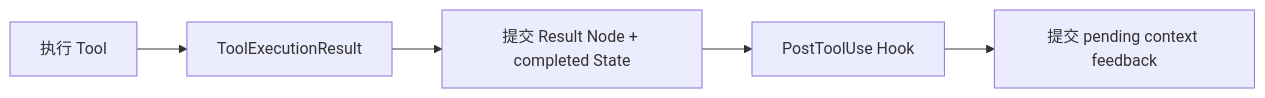
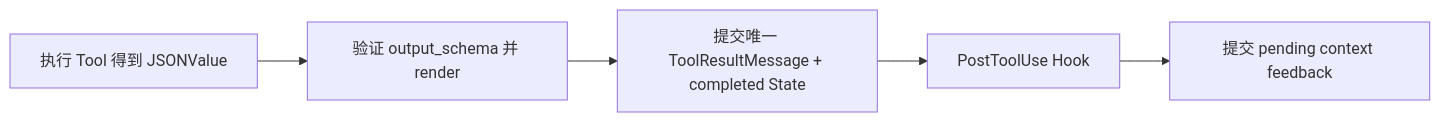
Before and after one commit to xiesunsun/MyOpenClaw: diagram 18 of 53 in docs/upgrade/2026-08-24-runtime-entity-decisions.md, drawn with Mermaid. The commit also changed other lines of this file and 68 other files, not shown here.

````diff
--- a/docs/upgrade/2026-08-24-runtime-entity-decisions.md
+++ b/docs/upgrade/2026-08-24-runtime-entity-decisions.md
@@ -1318,7 +1319,7 @@
 ```mermaid
 flowchart LR
-    E[执行 Tool] --> R[ToolExecutionResult]
-    R --> C[提交 Result Node + completed State]
+    E[执行 Tool 得到 JSONValue] --> R[验证 output_schema 并 render]
+    R --> C[提交唯一 ToolResultMessage + completed State]
     C --> H[PostToolUse Hook]
     H --> F[提交 pending context feedback]
 ```
````
